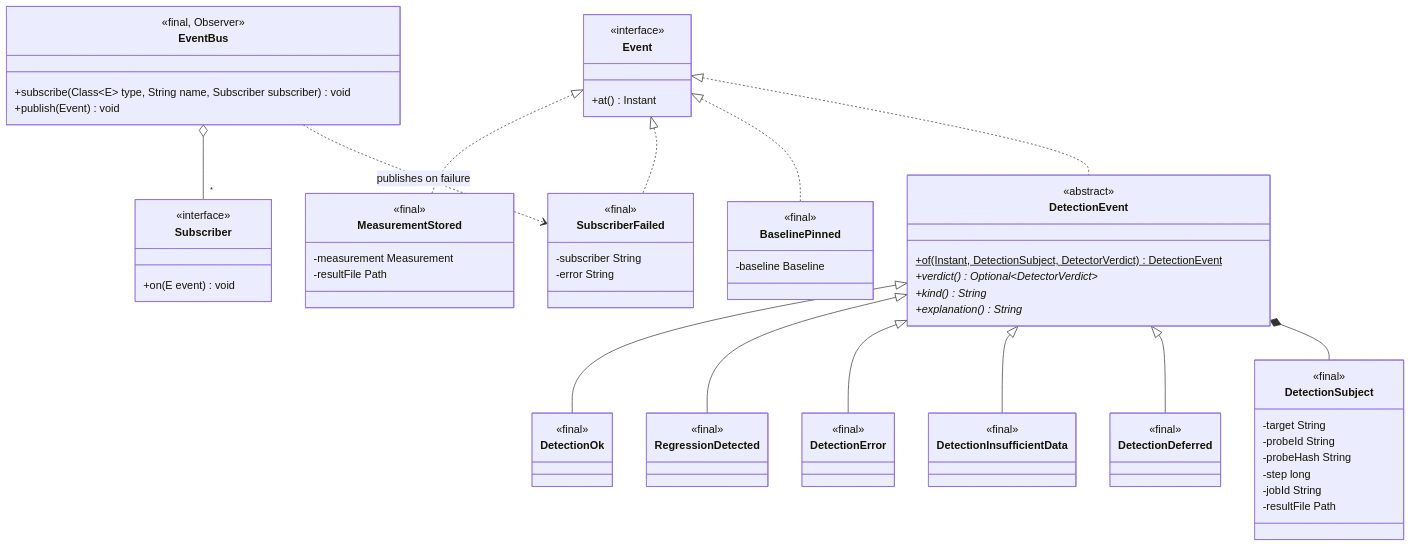
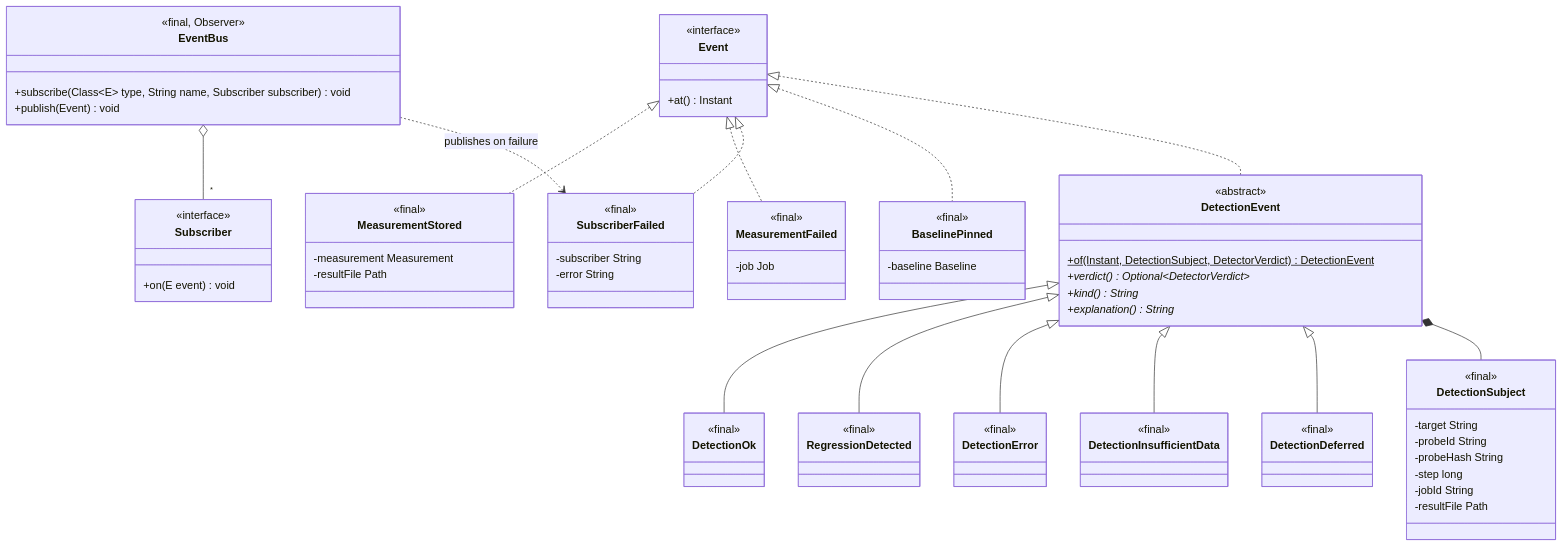
One commit to ritikmahy5/draftwatch changed diagram 13 of 15 in docs/uml/class-diagram.md. Above: the diagram before and after it, drawn with Mermaid. The commit also changed other lines of this file and 15 other files, not shown here.

````diff
--- a/docs/uml/class-diagram.md
+++ b/docs/uml/class-diagram.md
@@ -1285,66 +1285,71 @@
 ```mermaid
 classDiagram
   direction TB
 
   class Event {
     <<interface>>
     +at() Instant
   }
   class Subscriber {
     <<interface>>
     +on(E event) void
   }
   class EventBus {
     <<final, Observer>>
     +subscribe(Class~E~ type, String name, Subscriber subscriber) void
     +publish(Event) void
   }
   class MeasurementStored {
     <<final>>
     -measurement Measurement
     -resultFile Path
+  }
+  class MeasurementFailed {
+    <<final>>
+    -job Job
   }
   class SubscriberFailed {
     <<final>>
     -subscriber String
     -error String
   }
   class BaselinePinned {
     <<final>>
     -baseline Baseline
   }
   class DetectionSubject {
     <<final>>
     -target String
     -probeId String
     -probeHash String
     -step long
     -jobId String
     -resultFile Path
   }
   class DetectionEvent {
     <<abstract>>
     +of(Instant, DetectionSubject, DetectorVerdict)$ DetectionEvent
     +verdict()* Optional~DetectorVerdict~
     +kind()* String
     +explanation()* String
   }
   class DetectionOk { <<final>> }
   class RegressionDetected { <<final>> }
   class DetectionError { <<final>> }
   class DetectionInsufficientData { <<final>> }
   class DetectionDeferred { <<final>> }
 
   Event <|.. MeasurementStored
+  Event <|.. MeasurementFailed
   Event <|.. SubscriberFailed
   Event <|.. BaselinePinned
   Event <|.. DetectionEvent
   DetectionEvent <|-- DetectionOk
   DetectionEvent <|-- RegressionDetected
   DetectionEvent <|-- DetectionError
   DetectionEvent <|-- DetectionInsufficientData
   DetectionEvent <|-- DetectionDeferred
   DetectionEvent *-- DetectionSubject
   EventBus o-- "*" Subscriber
   EventBus ..> SubscriberFailed : publishes on failure
 ```
````
